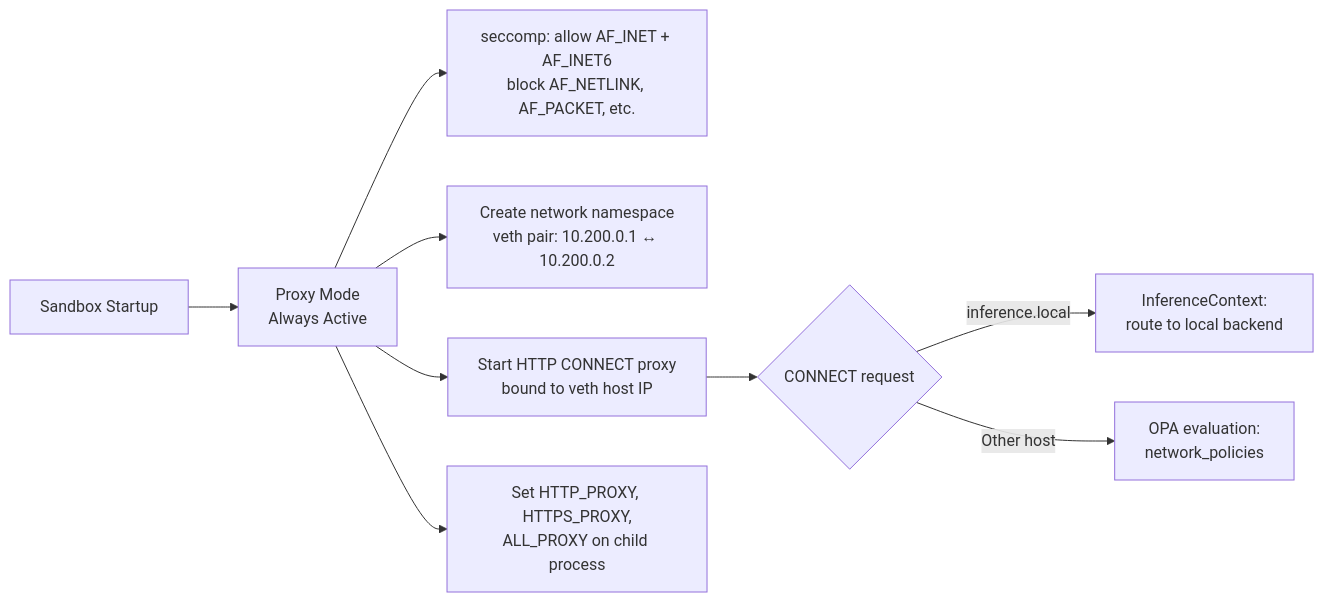
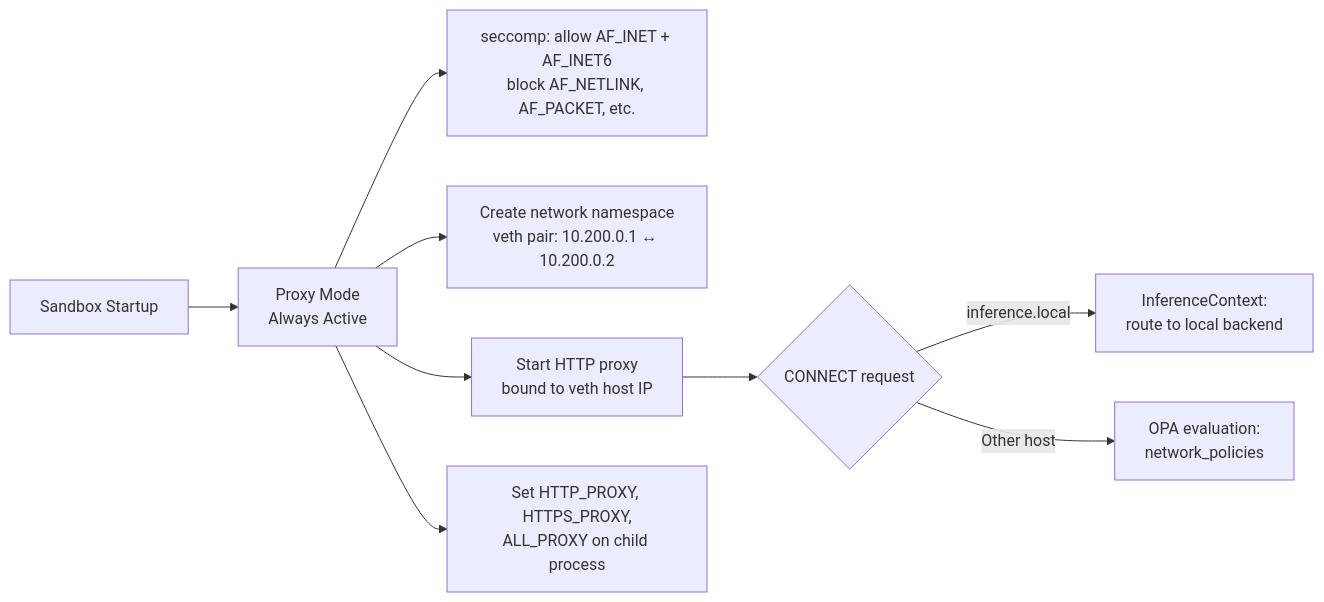
Before and after one commit to NVIDIA/OpenShell: the third of 6 diagrams in architecture/security-policy.md, drawn with Mermaid. The commit also changed other lines of this file and 2 other files, not shown here.

First line of the commit message:
feat(proxy): support plain HTTP forward proxy for private IP endpoints

````diff
--- a/architecture/security-policy.md
+++ b/architecture/security-policy.md
@@ -495,13 +504,13 @@
 ```mermaid
 flowchart LR
     SANDBOX[Sandbox Startup] --> PROXY[Proxy Mode<br/>Always Active]
 
     PROXY --> SECCOMP_ALLOW["seccomp: allow AF_INET + AF_INET6<br/>block AF_NETLINK, AF_PACKET, etc."]
     PROXY --> NETNS["Create network namespace<br/>veth pair: 10.200.0.1 ↔ 10.200.0.2"]
-    PROXY --> START_PROXY["Start HTTP CONNECT proxy<br/>bound to veth host IP"]
+    PROXY --> START_PROXY["Start HTTP proxy<br/>bound to veth host IP"]
     PROXY --> ENVVARS["Set HTTP_PROXY, HTTPS_PROXY,<br/>ALL_PROXY on child process"]
 
     START_PROXY --> CONNECT{CONNECT request}
     CONNECT -->|inference.local| INFERENCE["InferenceContext:<br/>route to local backend"]
     CONNECT -->|Other host| OPA["OPA evaluation:<br/>network_policies"]
 ```
````
